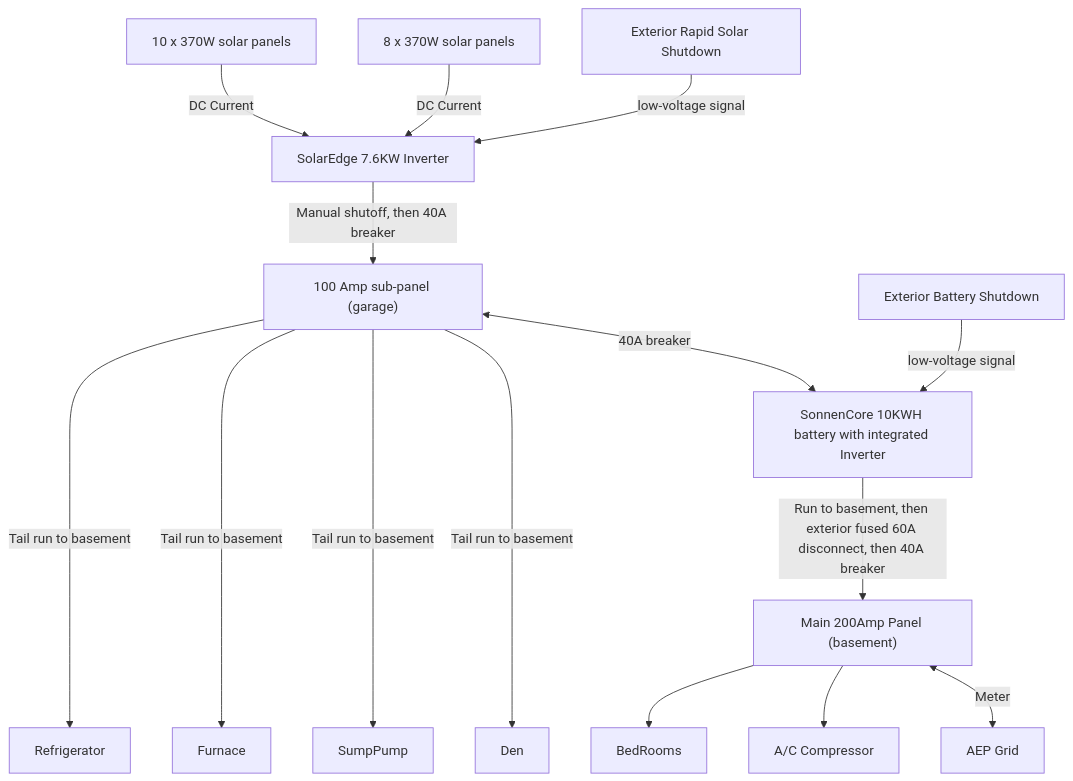
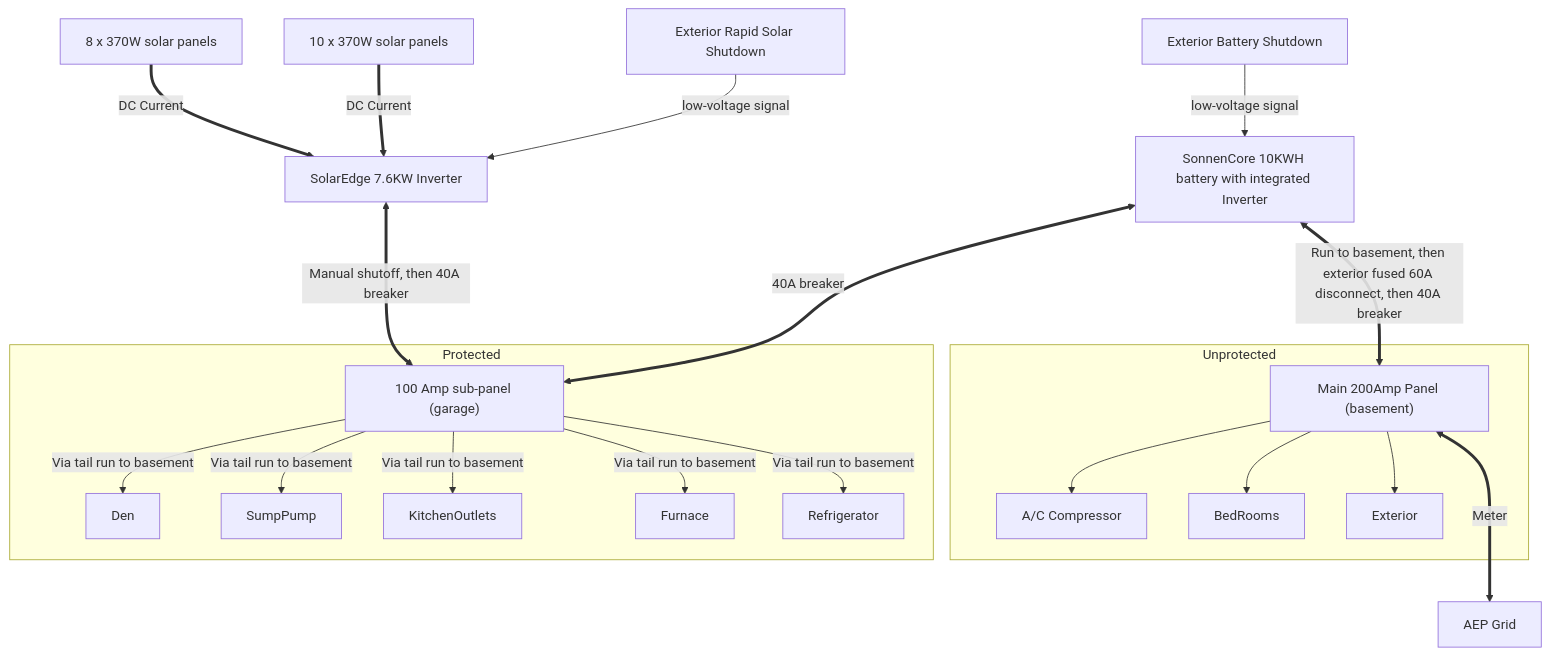
One commit to marshallflax/vision changed the seventh of 7 diagrams in solar.md. Above: the diagram before and after it, drawn with Mermaid.

Commit message:
Improve diagram

````diff
--- a/solar.md
+++ b/solar.md
@@ -173,17 +173,23 @@
 ```mermaid
 graph TB;
+ Panels1["8 x 370W solar panels"]==>|"DC Current"|Inverter
+ Panels2["10 x 370W solar panels"]==>|"DC Current"|Inverter
  ExteriorRapidShutdown["Exterior Rapid Solar Shutdown"]-->|"low-voltage signal"|Inverter
- Panels1["8 x 370W solar panels"]-->|"DC Current"|Inverter
- Panels2["10 x 370W solar panels"]-->|"DC Current"|Inverter
- Inverter["SolarEdge 7.6KW Inverter"]-->|Manual shutoff, then 40A breaker|ProtectedPanel["100 Amp sub-panel (garage)"]
- ProtectedPanel<-->|"40A breaker"|Sonnen["SonnenCore 10KWH battery with integrated Inverter"]
- ProtectedPanel---->|"Tail run to basement"|Den
- ProtectedPanel---->|"Tail run to basement"|SumpPump
- ProtectedPanel---->|"Tail run to basement"|Furnace
- ProtectedPanel---->|"Tail run to basement"|Refrigerator
- ExteriorBatteryShutdown["Exterior Battery Shutdown"]-->|"low-voltage signal"|Sonnen
- Sonnen-->|"Run to basement, then exterior fused 60A disconnect, then 40A breaker"|MainPanel["Main 200Amp Panel (basement)"]
- MainPanel<-->|Meter|Grid["AEP Grid"]
- MainPanel-->AC["A/C Compressor"]
- MainPanel-->BedRooms
+ Inverter["SolarEdge 7.6KW Inverter"]<==>|Manual shutoff, then 40A breaker|ProtectedPanel["100 Amp sub-panel (garage)"]
+ Sonnen<==>|"40A breaker"|ProtectedPanel
+  subgraph Protected
+    ProtectedPanel-->|"Via tail run to basement"|Den
+    ProtectedPanel-->|"Via tail run to basement"|SumpPump
+    ProtectedPanel-->|"Via tail run to basement"|KitchenOutlets
+    ProtectedPanel-->|"Via tail run to basement"|Furnace
+    ProtectedPanel-->|"Via tail run to basement"|Refrigerator
+  end
+ ExteriorBatteryShutdown["Exterior Battery Shutdown"]-->|"low-voltage signal"|Sonnen["SonnenCore 10KWH battery with integrated Inverter"]
+ Sonnen<==>|"Run to basement, then exterior fused 60A disconnect, then 40A breaker"|MainPanel["Main 200Amp Panel (basement)"]
+  subgraph Unprotected
+    MainPanel-->AC["A/C Compressor"]
+    MainPanel-->BedRooms
+    MainPanel-->Exterior
+  end
+    MainPanel<===>|Meter|Grid["AEP Grid"]
 ```
````
